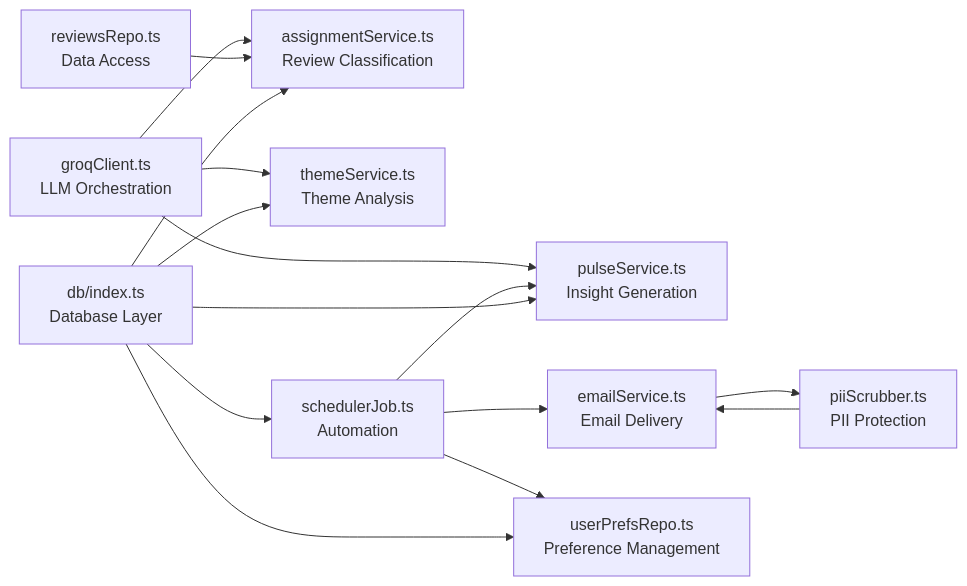
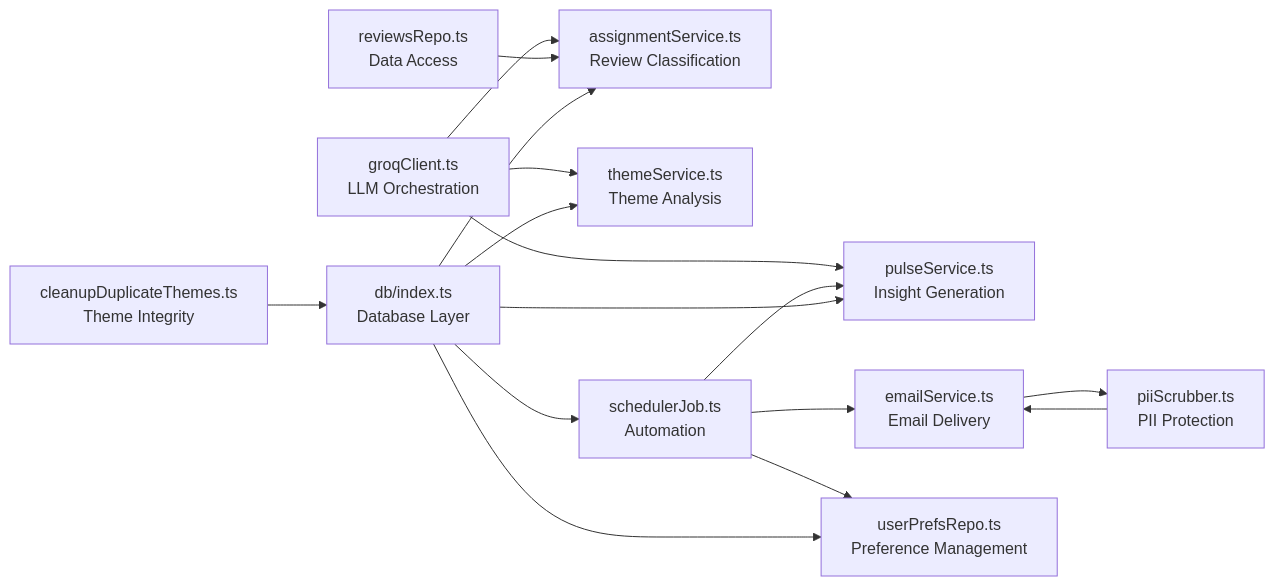
The tenth of 10 diagrams in .qoder/repowiki/en/content/Phase 2_ Advanced Analytics & Automation/Weekly Pulse Generation.md (aravinthraj-ramalingam/Groww-App-Review-Insights-Analyzer-), drawn with Mermaid before and after one commit. The commit also changed other lines of this file and 5 other files, not shown here.

````diff
--- a/.qoder/repowiki/en/content/Phase 2_ Advanced Analytics & Automation/Weekly Pulse Generation.md
+++ b/.qoder/repowiki/en/content/Phase 2_ Advanced Analytics & Automation/Weekly Pulse Generation.md
@@ -431,17 +472,18 @@
 ```mermaid
 graph LR
 G["groqClient.ts<br/>LLM Orchestration"] --> P["pulseService.ts<br/>Insight Generation"]
 G --> A["assignmentService.ts<br/>Review Classification"]
 G --> T["themeService.ts<br/>Theme Analysis"]
 E["emailService.ts<br/>Email Delivery"] --> S["piiScrubber.ts<br/>PII Protection"]
 S --> E
 J["schedulerJob.ts<br/>Automation"] --> P
 J --> E
 J --> U["userPrefsRepo.ts<br/>Preference Management"]
 R["reviewsRepo.ts<br/>Data Access"] --> A
 D["db/index.ts<br/>Database Layer"] --> T
 D --> A
 D --> P
 D --> U
 D --> J
+C["cleanupDuplicateThemes.ts<br/>Theme Integrity"] --> D
 ```
````
